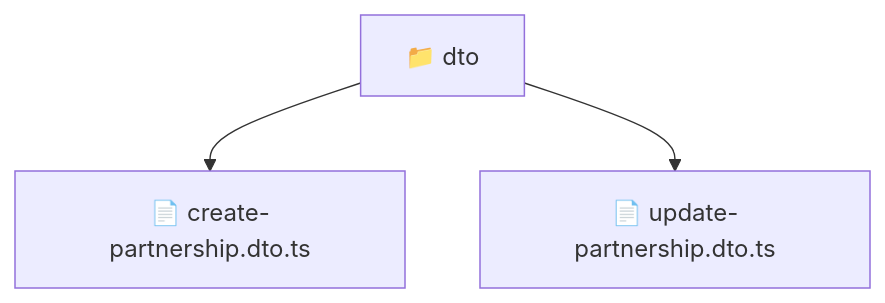
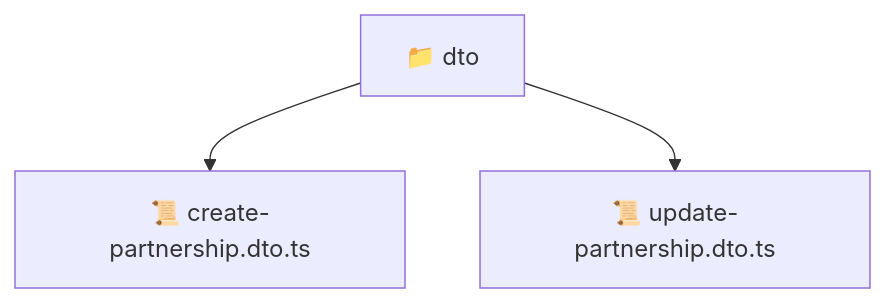
Before and after one commit to beginwebdev2002/fullstack-mavluda: the diagram in backend/src/modules/partnership/presentation/dto/README.md, drawn with Mermaid. The commit also changed other lines of this file and 163 other files, not shown here.

````diff
--- a/backend/src/modules/partnership/presentation/dto/README.md
+++ b/backend/src/modules/partnership/presentation/dto/README.md
@@ -9,6 +9,6 @@
 ```mermaid
 graph TD
-  Root["📁 dto"]
-  Root --> create_partnership_dto_ts["📄 create-partnership.dto.ts"]
-  Root --> update_partnership_dto_ts["📄 update-partnership.dto.ts"]
+  dto["📁 dto"]
+  dto --> create_partnership_dto_ts["📜 create-partnership.dto.ts"]
+  dto --> update_partnership_dto_ts["📜 update-partnership.dto.ts"]
 ```
````
